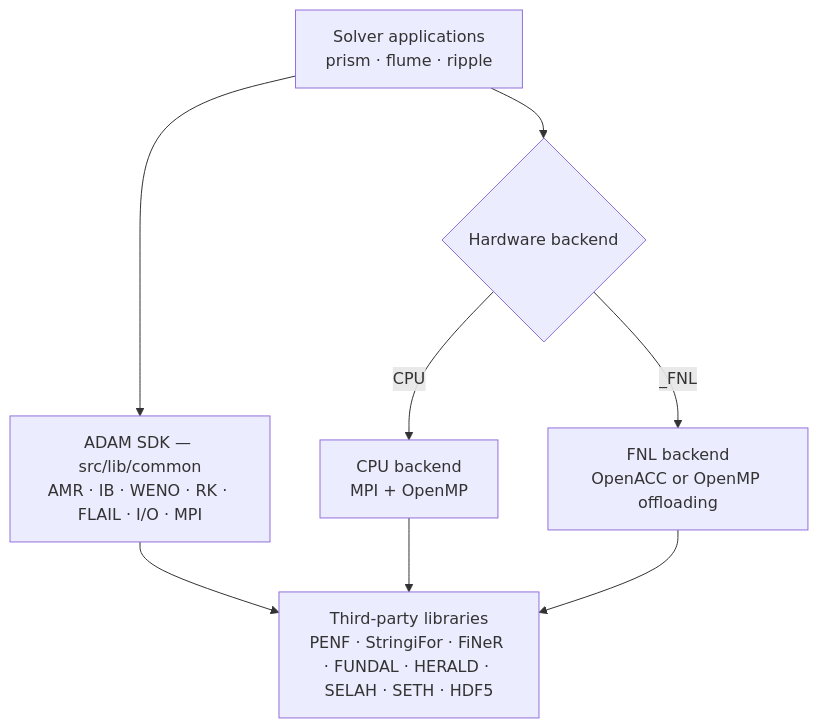
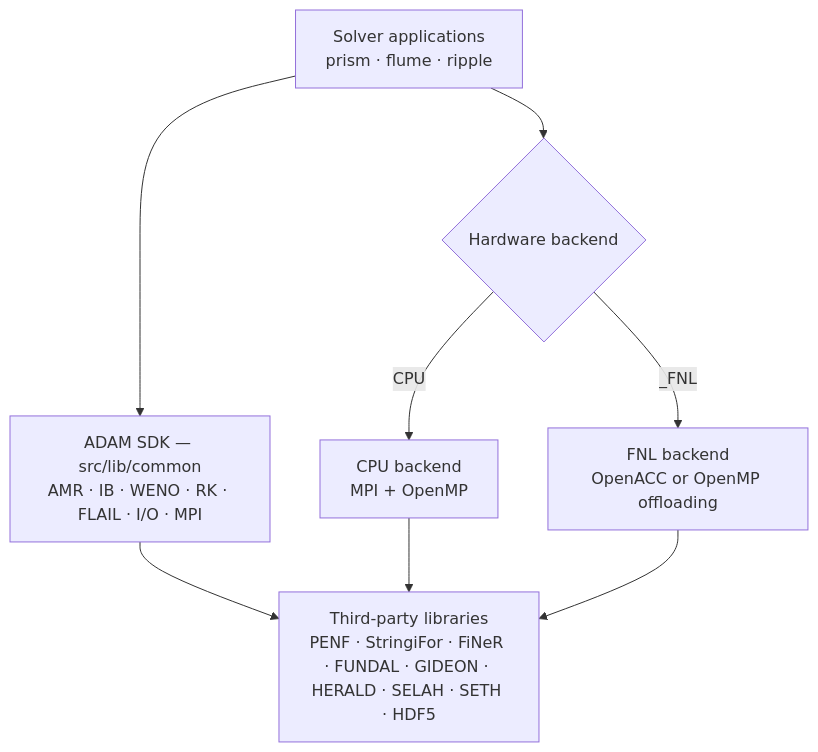
The first of 2 diagrams in docs/concepts/architecture.md (szaghi/adam), drawn with Mermaid before and after one commit. The commit also changed other lines of this file and 20 other files, not shown here.

````diff
--- a/docs/concepts/architecture.md
+++ b/docs/concepts/architecture.md
@@ -24,10 +24,10 @@
 ```mermaid
 graph TD
     A[Solver applications<br/>prism · flume · ripple] --> B[ADAM SDK — src/lib/common<br/>AMR · IB · WENO · RK · FLAIL · I/O · MPI]
     A --> C{Hardware backend}
     C -->|CPU| CPU[CPU backend<br/>MPI + OpenMP]
     C -->|_FNL| E[FNL backend<br/>OpenACC or OpenMP offloading]
-    B --> G[Third-party libraries<br/>PENF · StringiFor · FiNeR · FUNDAL · HERALD · SELAH · SETH · HDF5]
+    B --> G[Third-party libraries<br/>PENF · StringiFor · FiNeR · FUNDAL · GIDEON · HERALD · SELAH · SETH · HDF5]
     CPU --> G
     E --> G
 ```
````
